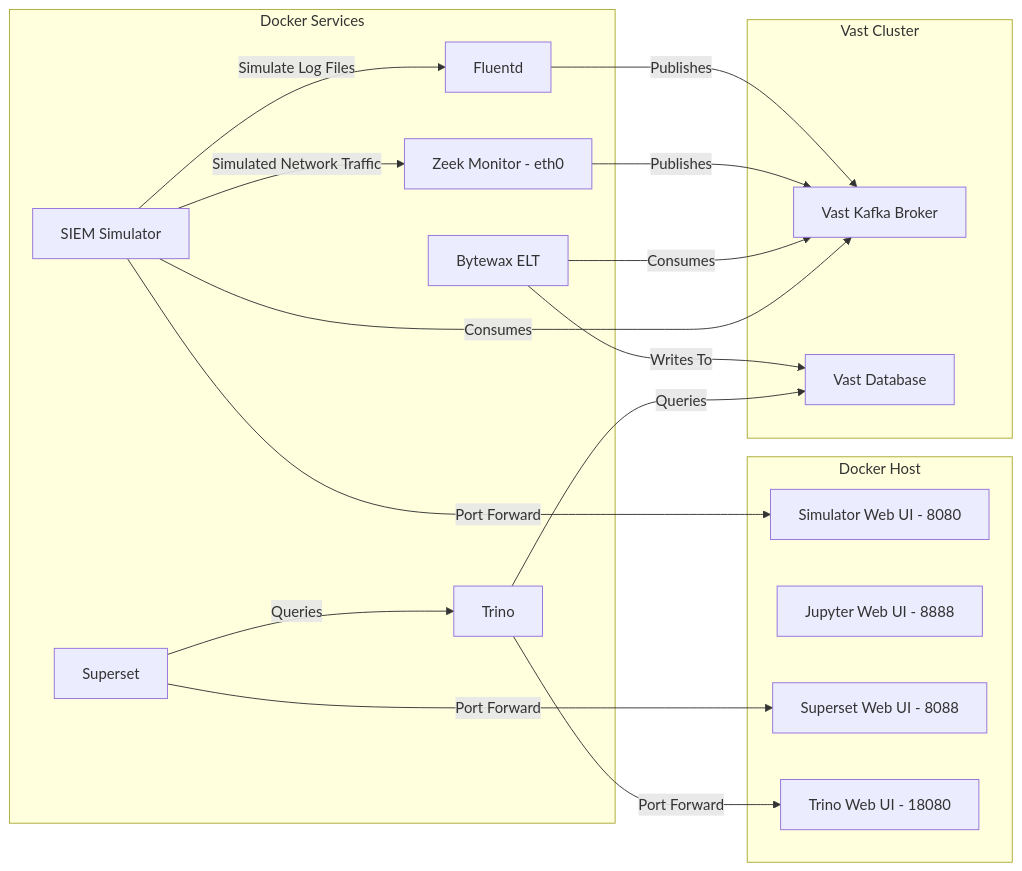
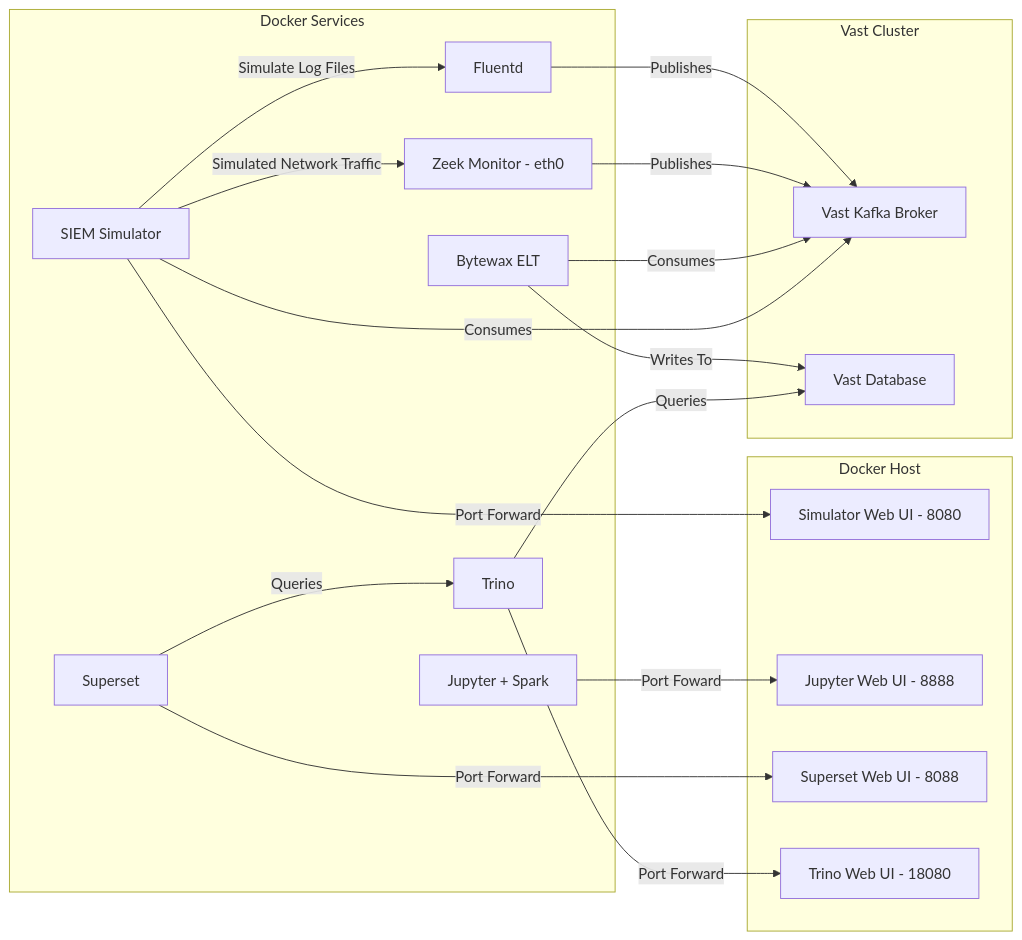
The diagram in README.md (snowch/vastdata_siem_demo), drawn with Mermaid before and after one commit.

````diff
--- a/README.md
+++ b/README.md
@@ -17,38 +17,40 @@
 ```mermaid
 graph LR
     subgraph "Docker Services"
         Z[Zeek Monitor - eth0]
         S[SIEM Simulator]
         F[Fluentd]
         J[Bytewax ELT]
         T[Trino]
         AS[Superset]
+        B[Jupyter + Spark]
 
         S -- Simulate Log Files --> F
         S -- Simulated Network Traffic --> Z
         AS -- Queries --> T
     end
 
     subgraph "Docker Host"
         SW[Simulator Web UI - 8080]
         JW[Jupyter Web UI - 8888]
         ASW[Superset Web UI - 8088]
         TW[Trino Web UI - 18080]
     end
 
     subgraph "Vast Cluster"
         K[Vast Kafka Broker]
         VDB[Vast Database]
     end
 
     S -- Port Forward --> SW
     AS -- Port Forward --> ASW
     T -- Port Forward --> TW
+    B -- Port Foward --> JW
 
     F -- Publishes --> K
     Z -- Publishes --> K
     J -- Consumes --> K
     S -- Consumes --> K
     J -- Writes To --> VDB
     T -- Queries --> VDB
 ```
````
